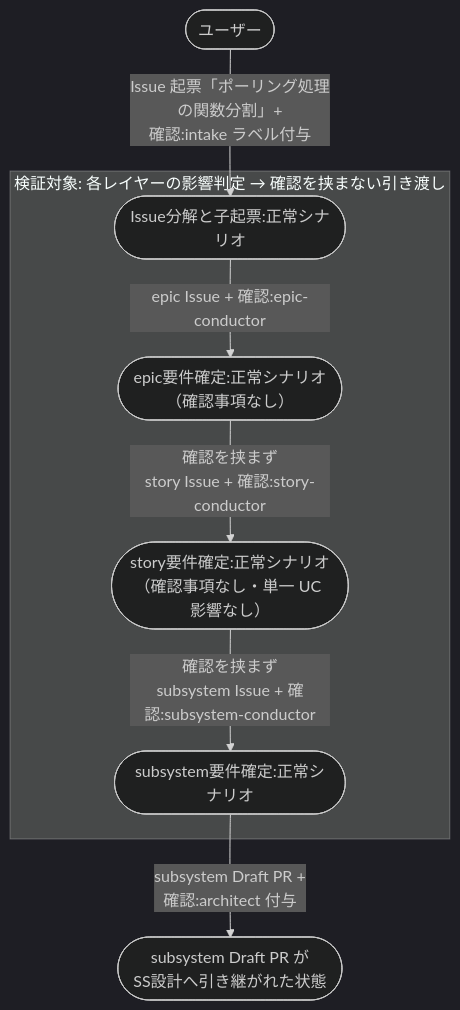
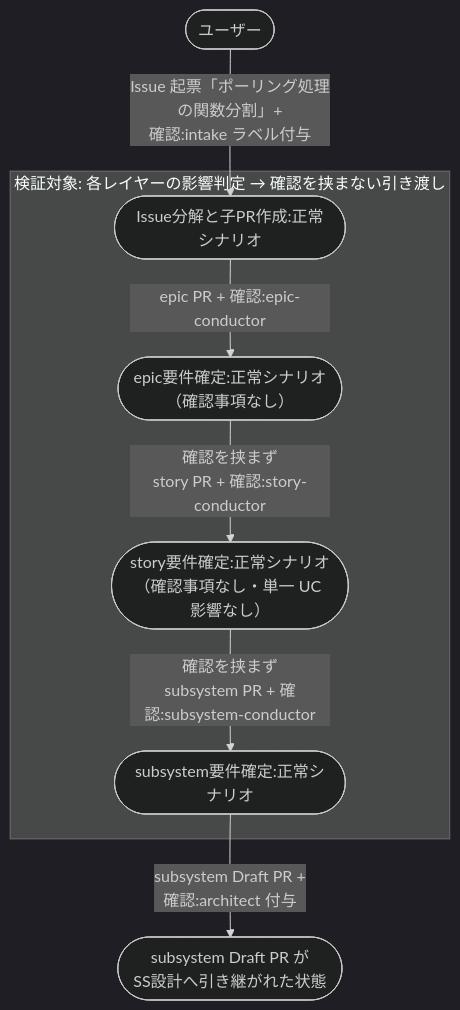
Before and after one commit to shuhei1101/ai-monitor: the first of 2 diagrams in docs/wiki/設計図/シナリオ/複合ユースケース/シナリオ影響なしのレイヤー通過.md, drawn with Mermaid (dark theme). The commit also changed other lines of this file and 256 other files, not shown here.

````diff
--- a/docs/wiki/設計図/シナリオ/複合ユースケース/シナリオ影響なしのレイヤー通過.md
+++ b/docs/wiki/設計図/シナリオ/複合ユースケース/シナリオ影響なしのレイヤー通過.md
@@ -33,17 +33,17 @@
 ```mermaid
 flowchart TD
   U0([ユーザー]) -->|Issue 起票「ポーリング処理の関数分割」+<br>確認:intake ラベル付与| UC1
 
   subgraph FOCUS["検証対象: 各レイヤーの影響判定 → 確認を挟まない引き渡し"]
-    UC1([Issue分解と子起票:正常シナリオ]) -->|epic Issue + 確認:epic-conductor| UC2([epic要件確定:正常シナリオ<br>（確認事項なし）])
-    UC2 -->|確認を挟まず<br>story Issue + 確認:story-conductor| UC3([story要件確定:正常シナリオ<br>（確認事項なし・単一 UC 影響なし）])
-    UC3 -->|確認を挟まず<br>subsystem Issue + 確認:subsystem-conductor| UC4([subsystem要件確定:正常シナリオ])
+    UC1([Issue分解と子PR作成:正常シナリオ]) -->|epic PR + 確認:epic-conductor| UC2([epic要件確定:正常シナリオ<br>（確認事項なし）])
+    UC2 -->|確認を挟まず<br>story PR + 確認:story-conductor| UC3([story要件確定:正常シナリオ<br>（確認事項なし・単一 UC 影響なし）])
+    UC3 -->|確認を挟まず<br>subsystem PR + 確認:subsystem-conductor| UC4([subsystem要件確定:正常シナリオ])
   end
 
   UC4 -->|subsystem Draft PR +<br>確認:architect 付与| DONE([subsystem Draft PR が<br>SS設計へ引き継がれた状態])
 
-  click UC1 "../単一ユースケース/Issue分解と子起票.md#正常シナリオ"
+  click UC1 "../単一ユースケース/Issue分解と子PR作成.md#正常シナリオ"
   click UC2 "../単一ユースケース/epic要件確定.md#正常シナリオ確認事項なし"
   click UC3 "../単一ユースケース/story要件確定.md#正常シナリオ確認事項なし単一-uc-影響なし"
   click UC4 "../単一ユースケース/subsystem要件確定.md#正常シナリオ"
 ```
````
